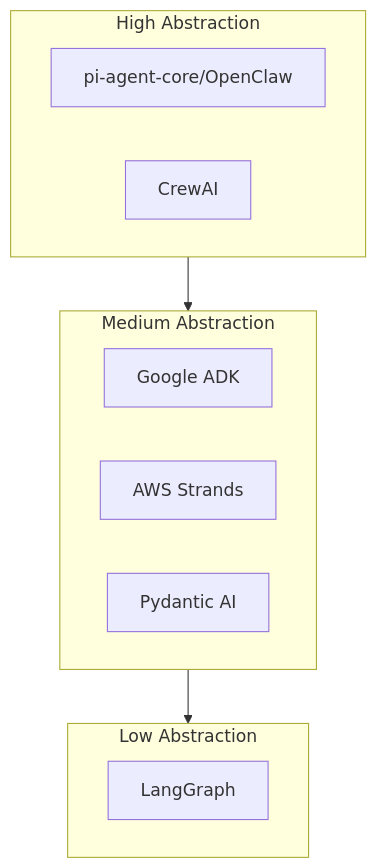
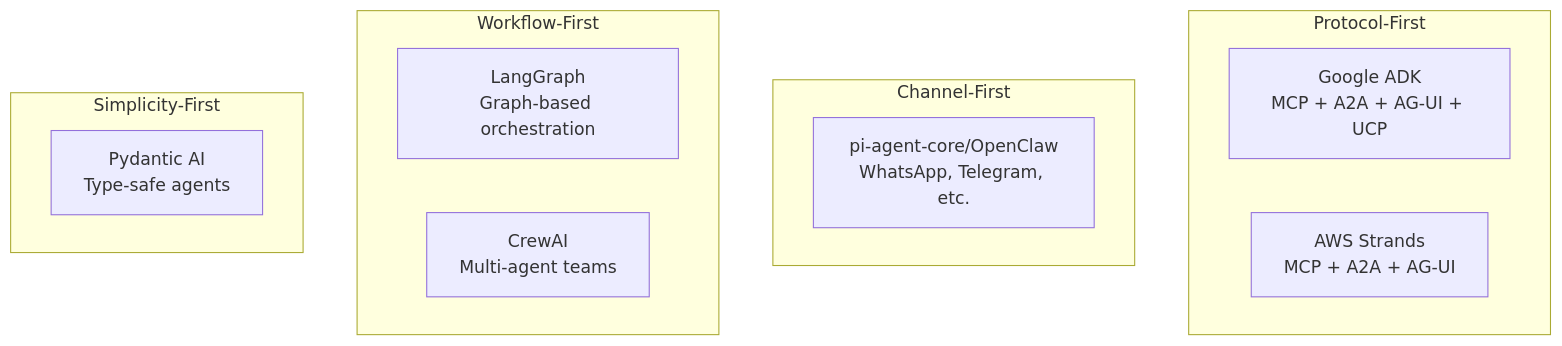
Before and after one commit to Amineelfarssi/amineelfarssi.github.io: the first of 3 diagrams in content/blog/agentic-frameworks-comparison.md, drawn with Mermaid. The commit also changed other lines of this file, not shown here.

First line of the commit message:
📝 Update frameworks comparison: More objective, proper Google ADK credit

```diff
--- a/content/blog/agentic-frameworks-comparison.md
+++ b/content/blog/agentic-frameworks-comparison.md
@@ -37,20 +90,20 @@
 {{< mermaid >}}
 flowchart TB
-    subgraph HIGH["High Abstraction"]
-        OC[pi-agent-core/OpenClaw]
-        CR[CrewAI]
+    subgraph PROTOCOLS["Protocol-First"]
+        ADK[Google ADK<br/>MCP + A2A + AG-UI + UCP]
+        STR[AWS Strands<br/>MCP + A2A + AG-UI]
     end
     
-    subgraph MED["Medium Abstraction"]
-        ADK[Google ADK]
-        STR[AWS Strands]
-        PYD[Pydantic AI]
+    subgraph CHANNELS["Channel-First"]
+        OC[pi-agent-core/OpenClaw<br/>WhatsApp, Telegram, etc.]
     end
     
-    subgraph LOW["Low Abstraction"]
-        LG[LangGraph]
+    subgraph WORKFLOW["Workflow-First"]
+        LG[LangGraph<br/>Graph-based orchestration]
+        CR[CrewAI<br/>Multi-agent teams]
     end
     
-    HIGH --> MED
-    MED --> LOW
+    subgraph SIMPLE["Simplicity-First"]
+        PYD[Pydantic AI<br/>Type-safe agents]
+    end
 {{< /mermaid >}}
```
